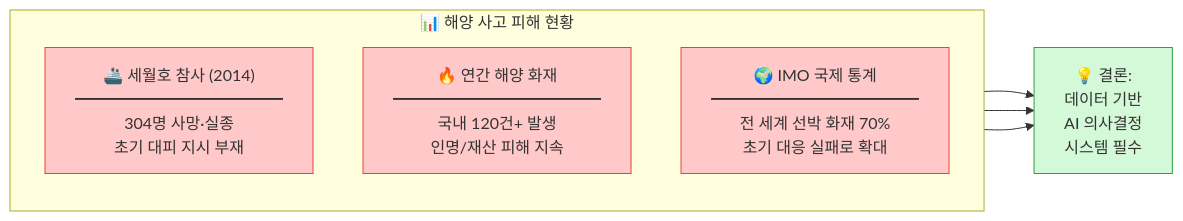
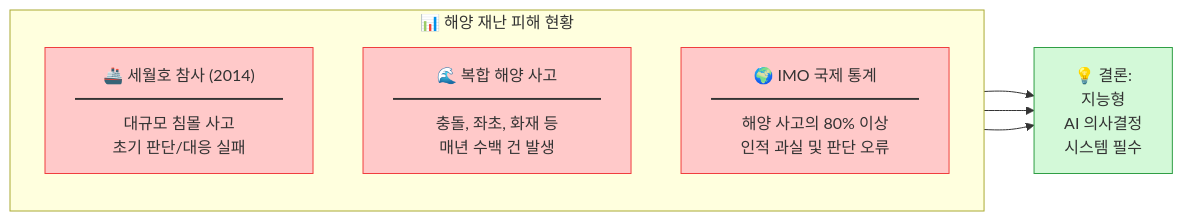
The third of 29 diagrams in report.md (ymseo741/isedss-presentation), drawn with Mermaid before and after one commit. The commit also changed other lines of this file, not shown here.

````diff
--- a/report.md
+++ b/report.md
@@ -100,18 +100,18 @@
 ```mermaid
 flowchart LR
-    subgraph 피해현황["📊 해양 사고 피해 현황"]
+    subgraph 피해현황["📊 해양 재난 피해 현황"]
         direction TB
-        H1["🚢 세월호 참사 (2014)<br/>━━━━━━━━━━━━━<br/>304명 사망·실종<br/>초기 대피 지시 부재"]
-        H2["🔥 연간 해양 화재<br/>━━━━━━━━━━━━━<br/>국내 120건+ 발생<br/>인명/재산 피해 지속"]
-        H3["🌍 IMO 국제 통계<br/>━━━━━━━━━━━━━<br/>전 세계 선박 화재 70%<br/>초기 대응 실패로 확대"]
+        H1["🚢 세월호 참사 (2014)<br/>━━━━━━━━━━━━━<br/>대규모 침몰 사고<br/>초기 판단/대응 실패"]
+        H2["🌊 복합 해양 사고<br/>━━━━━━━━━━━━━<br/>충돌, 좌초, 화재 등<br/>매년 수백 건 발생"]
+        H3["🌍 IMO 국제 통계<br/>━━━━━━━━━━━━━<br/>해양 사고의 80% 이상<br/>인적 과실 및 판단 오류"]
     end
     
-    H1 --> 결론["💡 결론:<br/>데이터 기반<br/>AI 의사결정<br/>시스템 필수"]
+    H1 --> 결론["💡 결론:<br/>지능형<br/>AI 의사결정<br/>시스템 필수"]
     H2 --> 결론
     H3 --> 결론
     
     style H1 fill:#ffc9c9,stroke:#f03e3e
     style H2 fill:#ffc9c9,stroke:#f03e3e
     style H3 fill:#ffc9c9,stroke:#f03e3e
     style 결론 fill:#d3f9d8,stroke:#2f9e44
 ```
````
